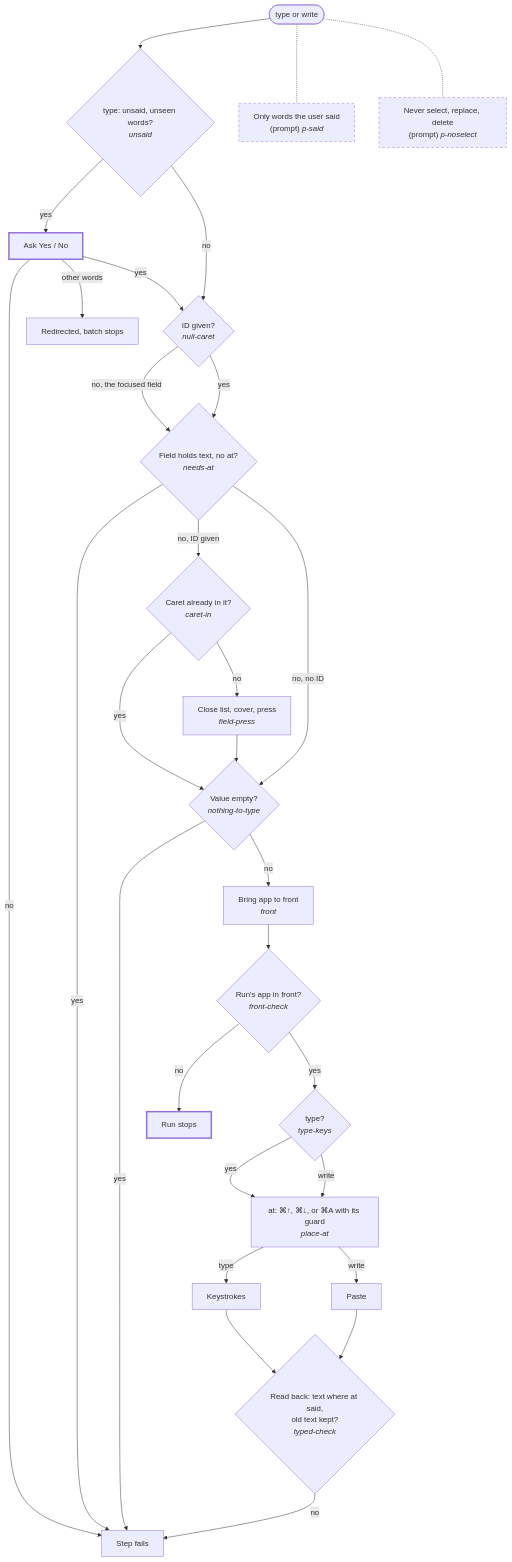
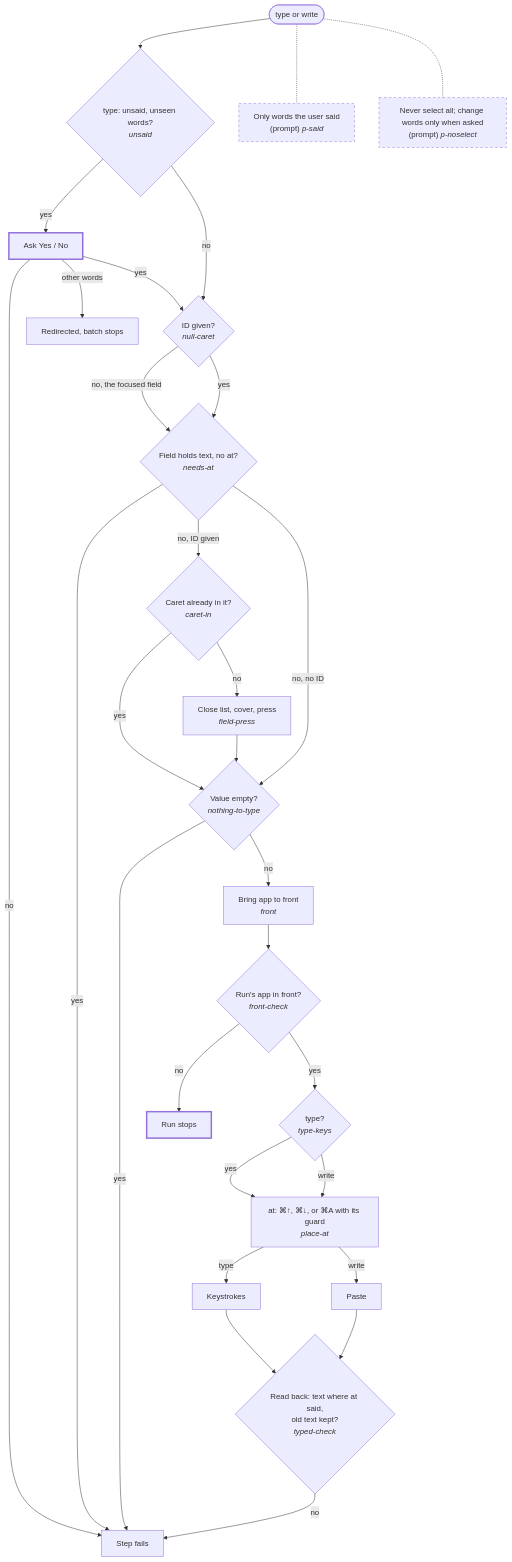
The tenth of 17 diagrams in docs/actions-trees.md (znat/parrotflow), drawn with Mermaid before and after one commit. The commit also changed other lines of this file and 9 other files, not shown here.

First line of the commit message:
feat(actions): caret and select, by the words a field holds

````diff
--- a/docs/actions-trees.md
+++ b/docs/actions-trees.md
@@ -237,36 +237,36 @@
 ```mermaid
 flowchart TD
   classDef prompt stroke-dasharray: 5 5
   classDef user stroke-width:3px
   T0([type or write]) --> Q1{"type: unsaid, unseen words?<br/><i>unsaid</i>"}
   Q1 -->|yes| U1["Ask Yes / No"]:::user
   U1 -->|no| X1["Step fails"]
   U1 -->|other words| X2["Redirected, batch stops"]
   U1 -->|yes| Q2
   Q1 -->|no| Q2{"ID given?<br/><i>null-caret</i>"}
   Q2 -->|no, the focused field| A1
   Q2 -->|yes| A1{"Field holds text, no at?<br/><i>needs-at</i>"}
   A1 -->|yes| X1
   A1 -->|no, ID given| Q3
   A1 -->|no, no ID| K1
   Q3{"Caret already in it?<br/><i>caret-in</i>"}
   Q3 -->|yes| K1
   Q3 -->|no| C1["Close list, cover, press<br/><i>field-press</i>"]
   C1 --> K1{"Value empty?<br/><i>nothing-to-type</i>"}
   K1 -->|yes| X1
   K1 -->|no| FR["Bring app to front<br/><i>front</i>"]
   FR --> Q4{"Run's app in front?<br/><i>front-check</i>"}
   Q4 -->|no| X3["Run stops"]:::user
   Q4 -->|yes| K2{"type?<br/><i>type-keys</i>"}
   K2 -->|yes| AT
   K2 -->|write| AT["at: ⌘↑, ⌘↓, or ⌘A with its guard<br/><i>place-at</i>"]
   AT -->|type| K3["Keystrokes"]
   AT -->|write| K4["Paste"]
   K3 --> CK{"Read back: text where at said,<br/>old text kept?<br/><i>typed-check</i>"}
   K4 --> CK
   CK -->|no| X1
   P1["Only words the user said<br/>(prompt) <i>p-said</i>"]:::prompt
-  P2["Never select, replace, delete<br/>(prompt) <i>p-noselect</i>"]:::prompt
+  P2["Never select all; change words only when asked<br/>(prompt) <i>p-noselect</i>"]:::prompt
   T0 -.- P1
   T0 -.- P2
 ```
````
